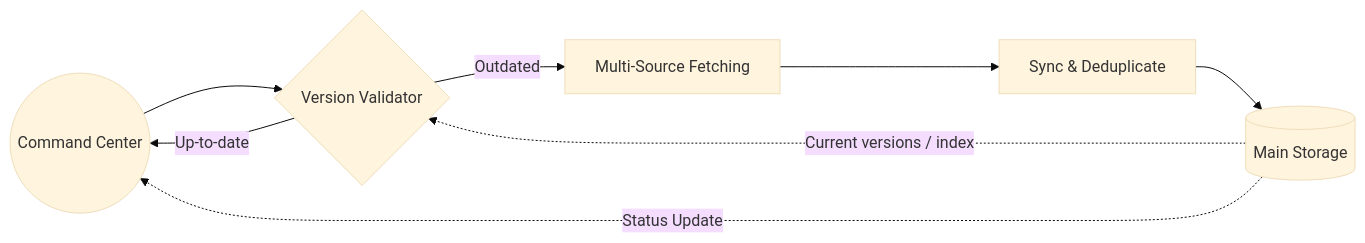
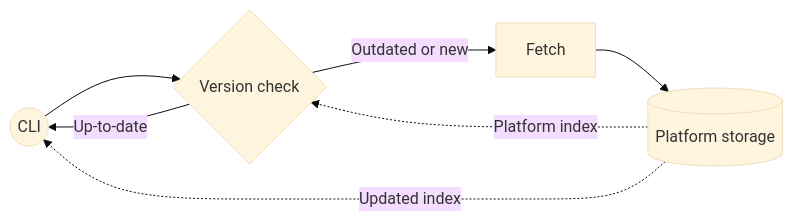
Before and after one commit to WartDipara/apks-crawler: the first of 3 diagrams in Design.md, drawn with Mermaid (base theme). The commit also changed other lines of this file and 18 other files, not shown here.

````diff
--- a/Design.md
+++ b/Design.md
@@ -15,19 +19,14 @@
 ```mermaid
 graph LR
-    %% 变量声明
-    Command((Command Center))
-    Check{Version Validator}
-    Fetch[Multi-Source Fetching]
-    Sync[Sync & Deduplicate]
-    Storage[(Main Storage)]
+    CLI((CLI))
+    Check{Version check}
+    Fetch[Fetch]
+    Store[(Platform storage)]
 
-    %% 逻辑引用
-    Command --> Check
-    Storage -.->|"Current versions / index"| Check
-    Check -- "Outdated" --> Fetch
-    Check -- "Up-to-date" --> Command
-    
-    Fetch --> Sync
-    Sync --> Storage
-    Storage -.->|Status Update| Command
+    CLI --> Check
+    Store -.->|"Platform index"| Check
+    Check -- "Outdated or new" --> Fetch
+    Check -- "Up-to-date" --> CLI
+    Fetch --> Store
+    Store -.->|"Updated index"| CLI
 ```
````
